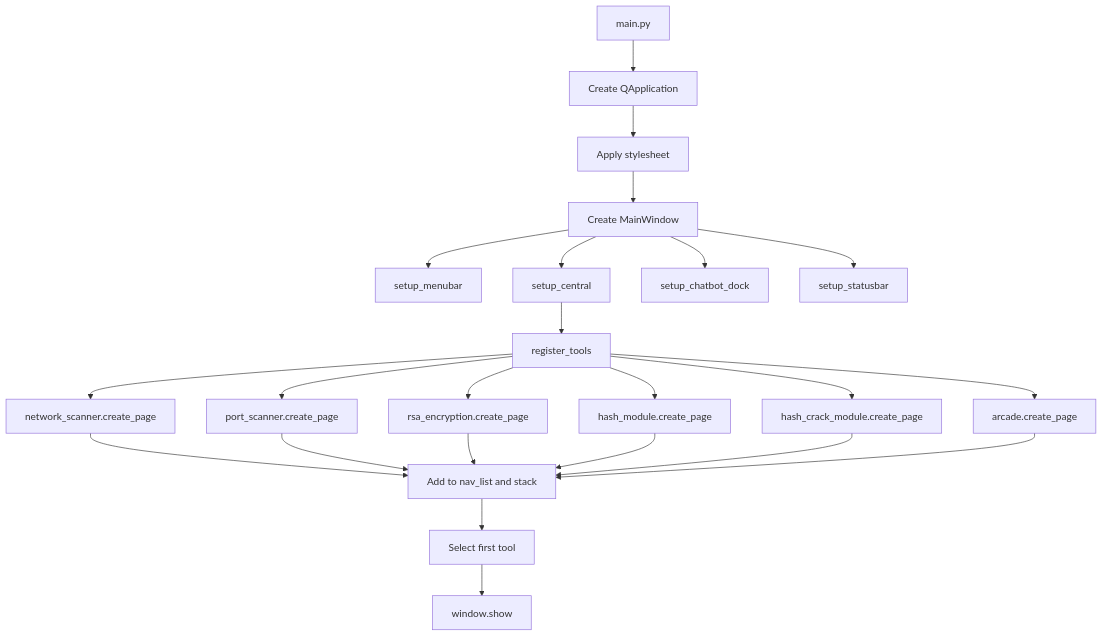
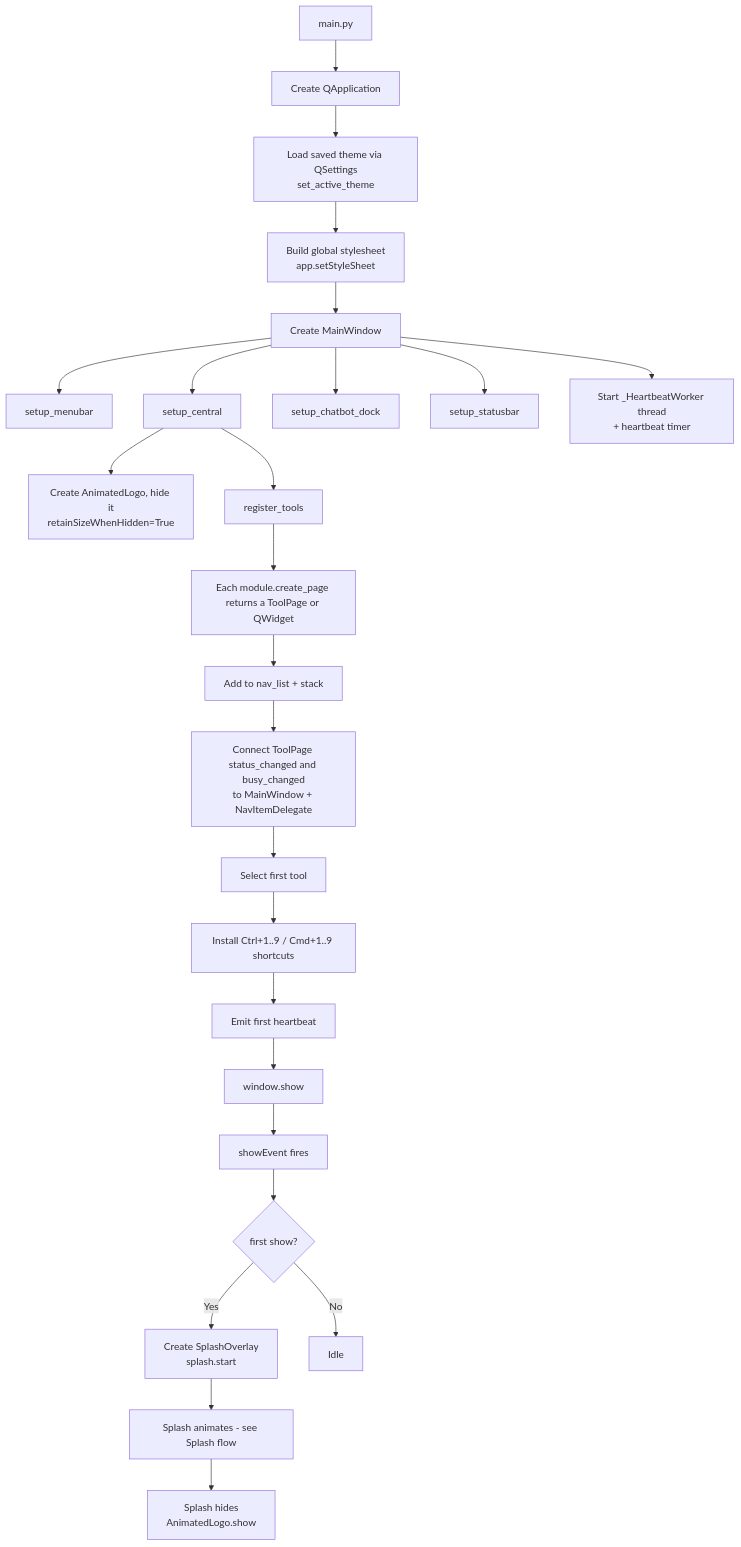
The second of 5 diagrams in src/frontend/README.md (Mr-Robotiko/Gilfi), drawn with Mermaid before and after one commit. The commit also changed other lines of this file and 69 other files, not shown here.

````diff
--- a/src/frontend/README.md
+++ b/src/frontend/README.md
@@ -267,20 +395,27 @@
 ```mermaid
 flowchart TD
     A[main.py] --> B[Create QApplication]
-    B --> C[Apply stylesheet]
-    C --> D[Create MainWindow]
-    D --> E[setup_menubar]
-    D --> F[setup_central]
-    D --> G[setup_chatbot_dock]
-    D --> H[setup_statusbar]
-    F --> I[register_tools]
-    I --> J[network_scanner.create_page]
-    I --> K[port_scanner.create_page]
-    I --> L[rsa_encryption.create_page]
-    I --> M[hash_module.create_page]
-    I --> N[hash_crack_module.create_page]
-    I --> O[arcade.create_page]
-    J & K & L & M & N & O --> P[Add to nav_list and stack]
-    P --> Q[Select first tool]
-    Q --> R[window.show]
+    B --> C[Load saved theme via QSettings<br/>set_active_theme]
+    C --> D[Build global stylesheet<br/>app.setStyleSheet]
+    D --> E[Create MainWindow]
+    E --> F[setup_menubar]
+    E --> G[setup_central]
+    E --> H[setup_chatbot_dock]
+    E --> I[setup_statusbar]
+    E --> J[Start _HeartbeatWorker thread<br/>+ heartbeat timer]
+    G --> K[Create AnimatedLogo, hide it<br/>retainSizeWhenHidden=True]
+    G --> L[register_tools]
+    L --> M[Each module.create_page returns a ToolPage or QWidget]
+    M --> N[Add to nav_list + stack]
+    N --> O[Connect ToolPage status_changed and busy_changed<br/>to MainWindow + NavItemDelegate]
+    O --> P[Select first tool]
+    P --> Q[Install Ctrl+1..9 / Cmd+1..9 shortcuts]
+    Q --> R[Emit first heartbeat]
+    R --> S[window.show]
+    S --> T[showEvent fires]
+    T --> U{first show?}
+    U -- Yes --> V[Create SplashOverlay<br/>splash.start]
+    U -- No --> W[Idle]
+    V --> X[Splash animates - see Splash flow]
+    X --> Y[Splash hides<br/>AnimatedLogo.show]
 ```
````
